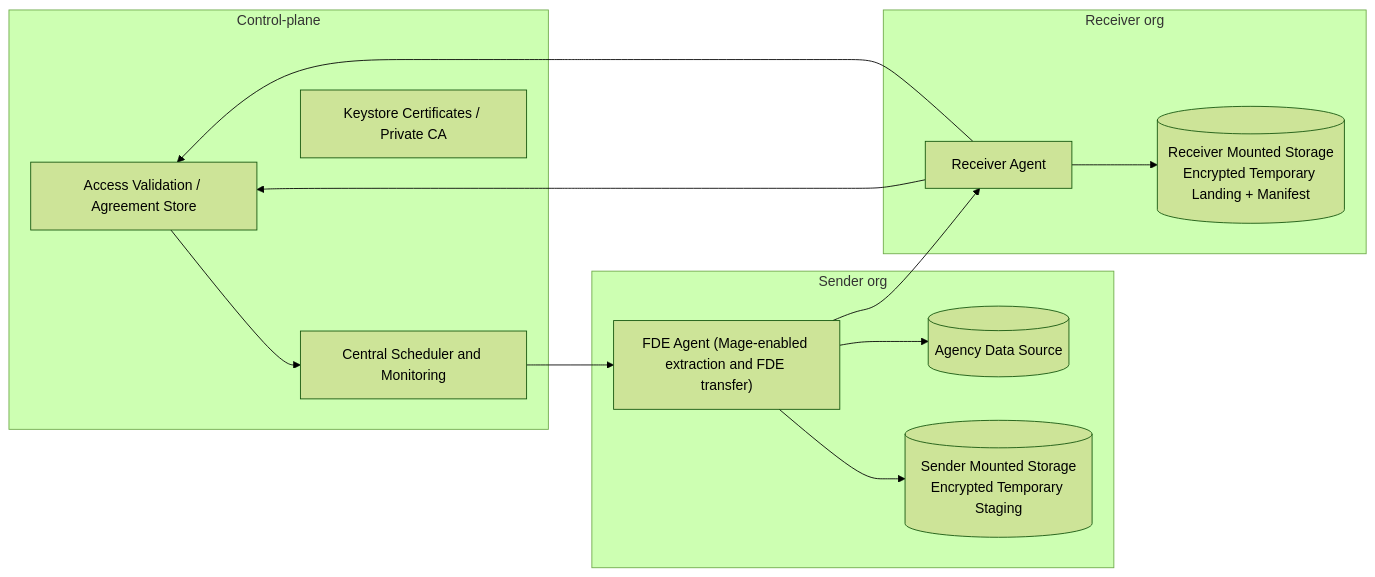
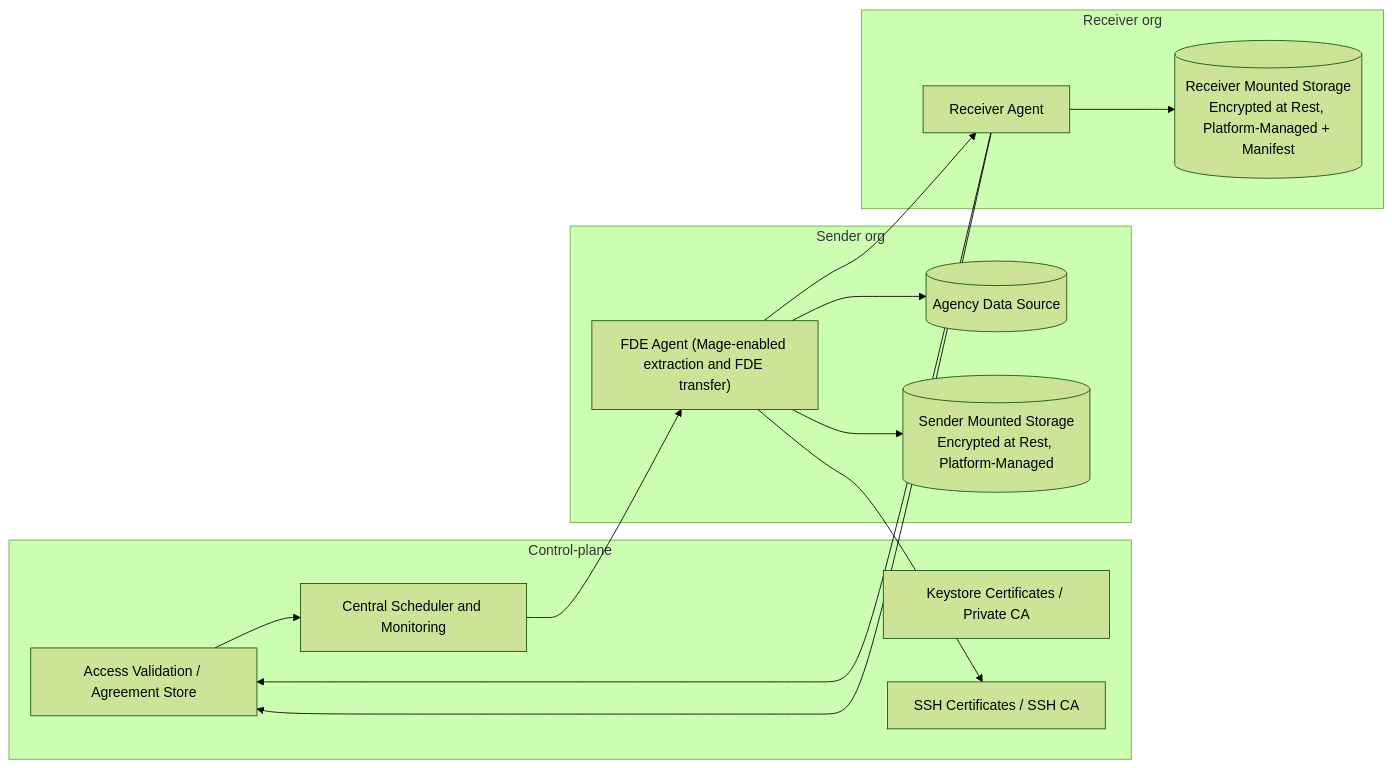
The fourth of 8 diagrams in docs/adr/0001-fde-architecture-diagrams-v003.md (GSA-TTS/TTSE-Redwood), drawn with Mermaid (forest theme) before and after one commit. The commit also changed other lines of this file and 1 other file, not shown here.

First line of the commit message:
refactor: replace ephemeral key encryption with SSH CA certs and platform-managed encryption at rest

````diff
--- a/docs/adr/0001-fde-architecture-diagrams-v003.md
+++ b/docs/adr/0001-fde-architecture-diagrams-v003.md
@@ -123,28 +149,33 @@
 ```mermaid
 flowchart LR
-  subgraph ControlPlane[Control-plane]
-    AV3[Access Validation / Agreement Store]
-    CP3["Central Scheduler and Monitoring"]
-    CA3[Keystore Certificates / Private CA]
-  end
+ subgraph ControlPlane[Control-plane]
+   AV3[Access Validation / Agreement Store]
+   CP3["Central Scheduler and Monitoring"]
+   CA3[Keystore Certificates / Private CA]
+   SCA3[SSH Certificates / SSH CA]
+ end
 
-  subgraph AgencyBoundary[Sender org]
-    A3["FDE Agent (Mage-enabled extraction and FDE transfer)"]
-    SRC3[(Agency Data Source)]
-    SMS3[(Sender Mounted Storage<br/>Encrypted Temporary Staging)]
-  end
 
-  subgraph ReceiverSide[Receiver org]
-    RMS3[(Receiver Mounted Storage<br/>Encrypted Temporary Landing + Manifest)]
-    R3[Receiver Agent]
-  end
+ subgraph AgencyBoundary[Sender org]
+   A3["FDE Agent (Mage-enabled extraction and FDE transfer)"]
+   SRC3[(Agency Data Source)]
+   SMS3[(Sender Mounted Storage<br/>Encrypted at Rest, Platform-Managed)]
+ end
 
-  R3 --> AV3
-  AV3 --> CP3
-  CP3 --> A3
-  A3 --> SRC3
-  A3 --> SMS3
-  A3 --> R3
-  R3 --> RMS3
-  R3 --> AV3
+
+ subgraph ReceiverSide[Receiver org]
+   RMS3[(Receiver Mounted Storage<br/>Encrypted at Rest, Platform-Managed + Manifest)]
+   R3[Receiver Agent]
+ end
+
+
+ R3 --> AV3
+ AV3 --> CP3
+ CP3 --> A3
+ A3 --> SRC3
+ A3 --> SMS3
+ A3 --> SCA3
+ A3 --> R3
+ R3 --> RMS3
+ R3 --> AV3
 ```
````
